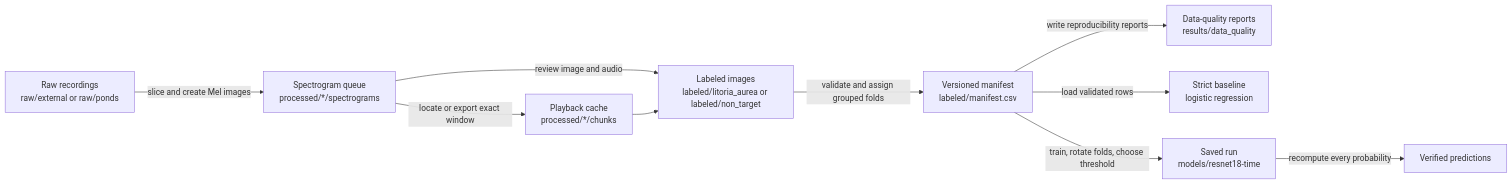
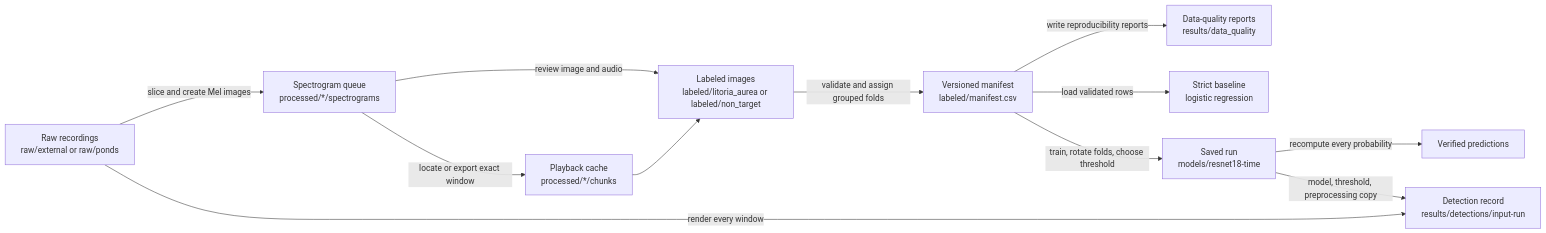
The diagram in docs/architecture.md (AbhishekRajGhimire/frog-bioacoustics), drawn with Mermaid before and after one commit. The commit also changed other lines of this file and 5 other files, not shown here.

Commit message:
docs: document batch detection and its measured results

````diff
--- a/docs/architecture.md
+++ b/docs/architecture.md
@@ -8,12 +8,14 @@
 ```mermaid
 flowchart LR
   A["Raw recordings<br/>raw/external or raw/ponds"] -->|"slice and create Mel images"| B["Spectrogram queue<br/>processed/*/spectrograms"]
   B -->|"review image and audio"| C["Labeled images<br/>labeled/litoria_aurea or labeled/non_target"]
   B -->|"locate or export exact window"| G["Playback cache<br/>processed/*/chunks"]
   G --> C
   C -->|"validate and assign grouped folds"| D["Versioned manifest<br/>labeled/manifest.csv"]
   D -->|"write reproducibility reports"| R["Data-quality reports<br/>results/data_quality"]
   D -->|"load validated rows"| E["Strict baseline<br/>logistic regression"]
   D -->|"train, rotate folds, choose threshold"| M["Saved run<br/>models/resnet18-time"]
   M -->|"recompute every probability"| V["Verified predictions"]
+  A -->|"render every window"| DET["Detection record<br/>results/detections/input-run"]
+  M -->|"model, threshold, preprocessing copy"| DET
 ```
````
